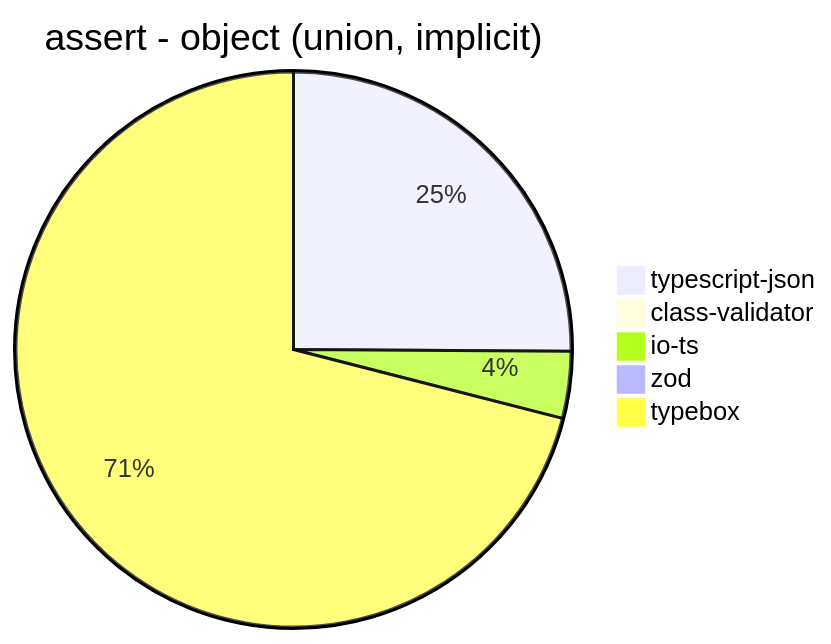
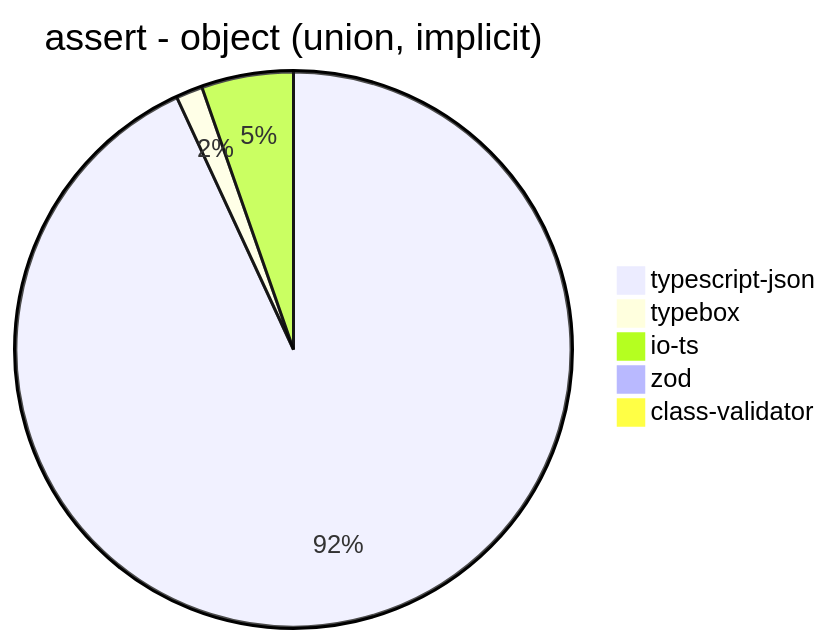
Before and after one commit to samchon/typia: diagram 12 of 39 in benchmark/results/AMD Ryzen 7 3700X 8-Core Processor.md, drawn with Mermaid. The commit also changed other lines of this file and 10 other files, not shown here.

````diff
--- a/benchmark/results/AMD Ryzen 7 3700X 8-Core Processor.md
+++ b/benchmark/results/AMD Ryzen 7 3700X 8-Core Processor.md
@@ -156,8 +164,8 @@
 ```mermaid
 pie title assert - object (union, implicit)
-  "typescript-json": 3975.974866013676
-  "class-validator": 14.495481927710843
-  "io-ts": 616.0473882606354
-  "zod": 42.99453139732227
-  "typebox": 11248.092313418947
+  "typescript-json": 3829.3224731580895
+  "typebox": 63.71911573472042
+  "io-ts": 219.96708721886998
+  "zod": 14.919735599622285
+  "class-validator": 12.48416862674145
 ```
````
